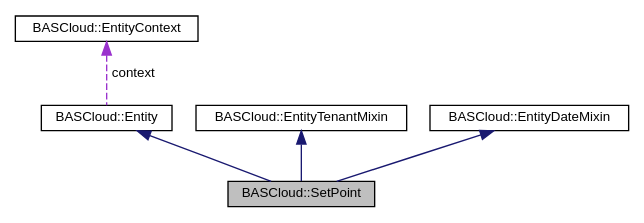
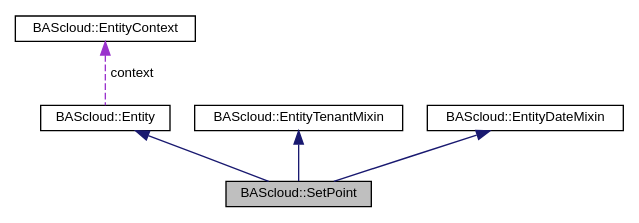
The diagram in classBASCloud_1_1SetPoint__coll__graph.dot (bascloud/BAScloudAPI), drawn with Graphviz before and after one commit. The commit also changed 193 other files, not shown here.

```diff
--- a/classBASCloud_1_1SetPoint__coll__graph.dot
+++ b/classBASCloud_1_1SetPoint__coll__graph.dot
@@ -1,15 +1,15 @@
-digraph "BASCloud::SetPoint"
+digraph "BAScloud::SetPoint"
 {
  // LATEX_PDF_SIZE
   edge [fontname="Helvetica",fontsize="10",labelfontname="Helvetica",labelfontsize="10"];
   node [fontname="Helvetica",fontsize="10",shape=record];
-  Node1 [label="BASCloud::SetPoint",height=0.2,width=0.4,color="black", fillcolor="grey75", style="filled", fontcolor="black",tooltip="A SetPoint entity represents a future set point for a sensor or actor (Device) in a building (Propert..."];
+  Node1 [label="BAScloud::SetPoint",height=0.2,width=0.4,color="black", fillcolor="grey75", style="filled", fontcolor="black",tooltip="A SetPoint entity represents a future set point for a sensor or actor (Device) in a building (Propert..."];
   Node2 -> Node1 [dir="back",color="midnightblue",fontsize="10",style="solid",fontname="Helvetica"];
-  Node2 [label="BASCloud::Entity",height=0.2,width=0.4,color="black", fillcolor="white", style="filled",URL="$classBASCloud_1_1Entity.html",tooltip="Base class modeling a BASCloud entity."];
+  Node2 [label="BAScloud::Entity",height=0.2,width=0.4,color="black", fillcolor="white", style="filled",URL="$classBAScloud_1_1Entity.html",tooltip="Base class modeling a BAScloud entity."];
   Node3 -> Node2 [dir="back",color="darkorchid3",fontsize="10",style="dashed",label=" context" ,fontname="Helvetica"];
-  Node3 [label="BASCloud::EntityContext",height=0.2,width=0.4,color="black", fillcolor="white", style="filled",URL="$classBASCloud_1_1EntityContext.html",tooltip="The EntityContext class provides a high-level abstraction to access the BASCloud API endpoint functio..."];
+  Node3 [label="BAScloud::EntityContext",height=0.2,width=0.4,color="black", fillcolor="white", style="filled",URL="$classBAScloud_1_1EntityContext.html",tooltip="The EntityContext class provides a high-level abstraction to access the BAScloud API endpoint functio..."];
   Node4 -> Node1 [dir="back",color="midnightblue",fontsize="10",style="solid",fontname="Helvetica"];
-  Node4 [label="BASCloud::EntityTenantMixin",height=0.2,width=0.4,color="black", fillcolor="white", style="filled",URL="$classBASCloud_1_1EntityTenantMixin.html",tooltip="Mixin class that adds functionality and attributes to associate a Tenant to a Entity object."];
+  Node4 [label="BAScloud::EntityTenantMixin",height=0.2,width=0.4,color="black", fillcolor="white", style="filled",URL="$classBAScloud_1_1EntityTenantMixin.html",tooltip="Mixin class that adds functionality and attributes to associate a Tenant to a Entity object."];
   Node5 -> Node1 [dir="back",color="midnightblue",fontsize="10",style="solid",fontname="Helvetica"];
-  Node5 [label="BASCloud::EntityDateMixin",height=0.2,width=0.4,color="black", fillcolor="white", style="filled",URL="$classBASCloud_1_1EntityDateMixin.html",tooltip="Mixin class that adds datetime functionality and attributes."];
+  Node5 [label="BAScloud::EntityDateMixin",height=0.2,width=0.4,color="black", fillcolor="white", style="filled",URL="$classBAScloud_1_1EntityDateMixin.html",tooltip="Mixin class that adds datetime functionality and attributes."];
 }
```
